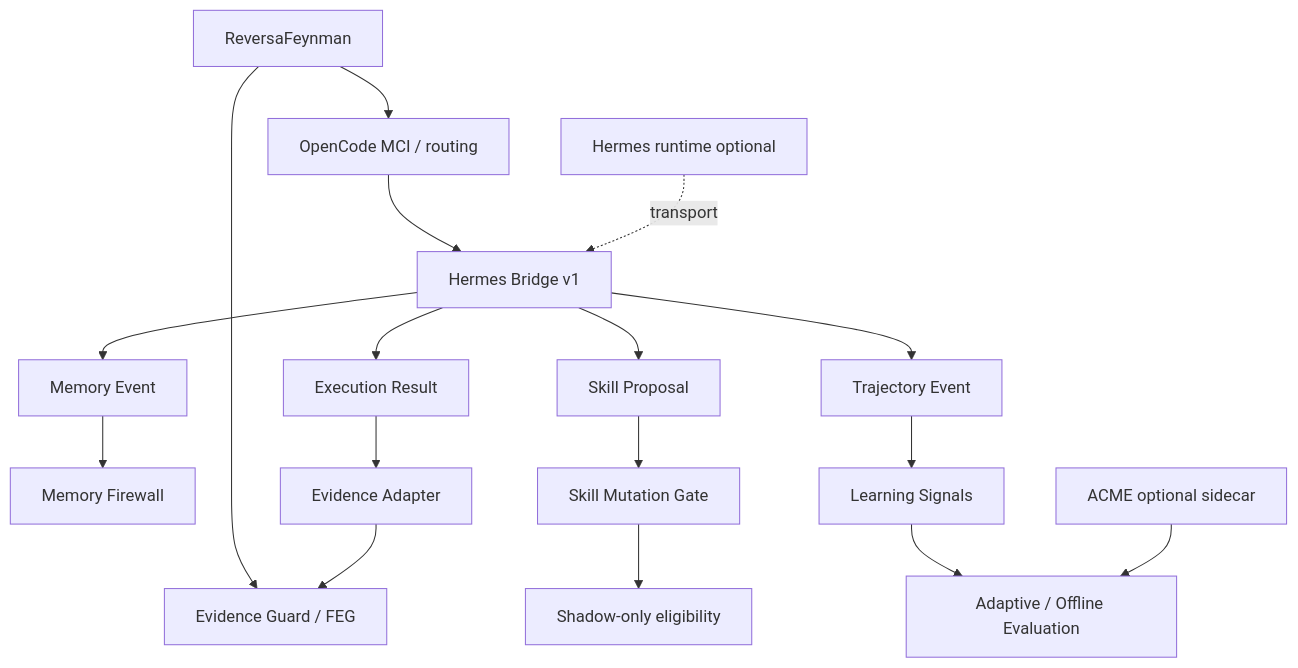
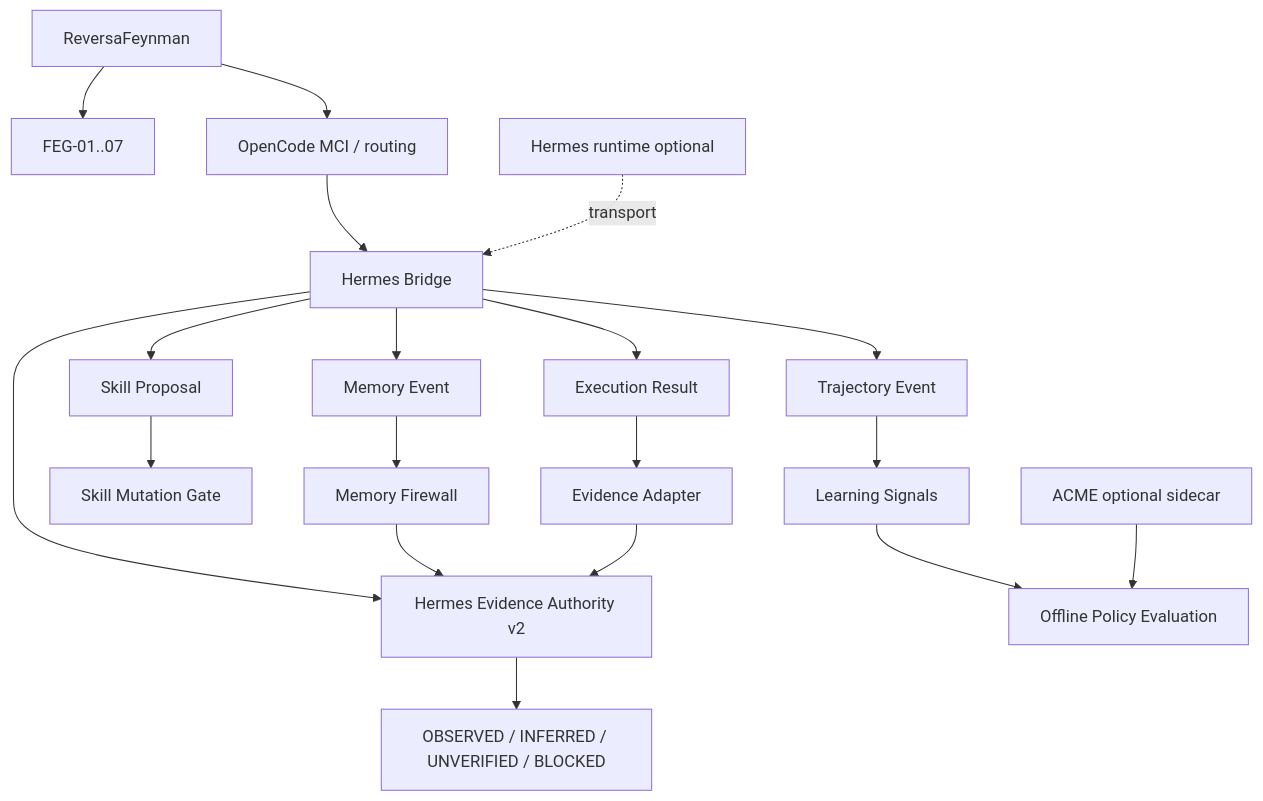
One commit to MarceloClaro/reversa changed the diagram in docs/HERMES-BRIDGE.md. Above: the diagram before and after it, drawn with Mermaid. The commit also changed other lines of this file, not shown here.

Commit message:
docs: tornar Hermes a autoridade epistemológica

````diff
--- a/docs/HERMES-BRIDGE.md
+++ b/docs/HERMES-BRIDGE.md
@@ -54,23 +69,25 @@
 ```mermaid
 flowchart TB
-    RF["ReversaFeynman"] --> EG["Evidence Guard / FEG"]
+    RF["ReversaFeynman"] --> FEG["FEG-01..07"]
     RF --> MCI["OpenCode MCI / routing"]
 
-    MCI --> HB["Hermes Bridge v1"]
+    MCI --> HB["Hermes Bridge"]
     HB --> MEM["Memory Event"]
     HB --> SK["Skill Proposal"]
     HB --> TR["Trajectory Event"]
     HB --> EX["Execution Result"]
+    HB --> HEA["Hermes Evidence Authority v2"]
 
     MEM --> MF["Memory Firewall"]
     SK --> SG["Skill Mutation Gate"]
     TR --> LS["Learning Signals"]
     EX --> EA["Evidence Adapter"]
 
-    LS --> OPE["Adaptive / Offline Evaluation"]
-    SG --> SH["Shadow-only eligibility"]
-    EA --> EG
+    MF --> HEA
+    EA --> HEA
+    HEA --> ES["OBSERVED / INFERRED / UNVERIFIED / BLOCKED"]
 
+    LS --> OPE["Offline Policy Evaluation"]
     ACME["ACME optional sidecar"] --> OPE
     HERMES["Hermes runtime optional"] -. transport .-> HB
 ```
````
